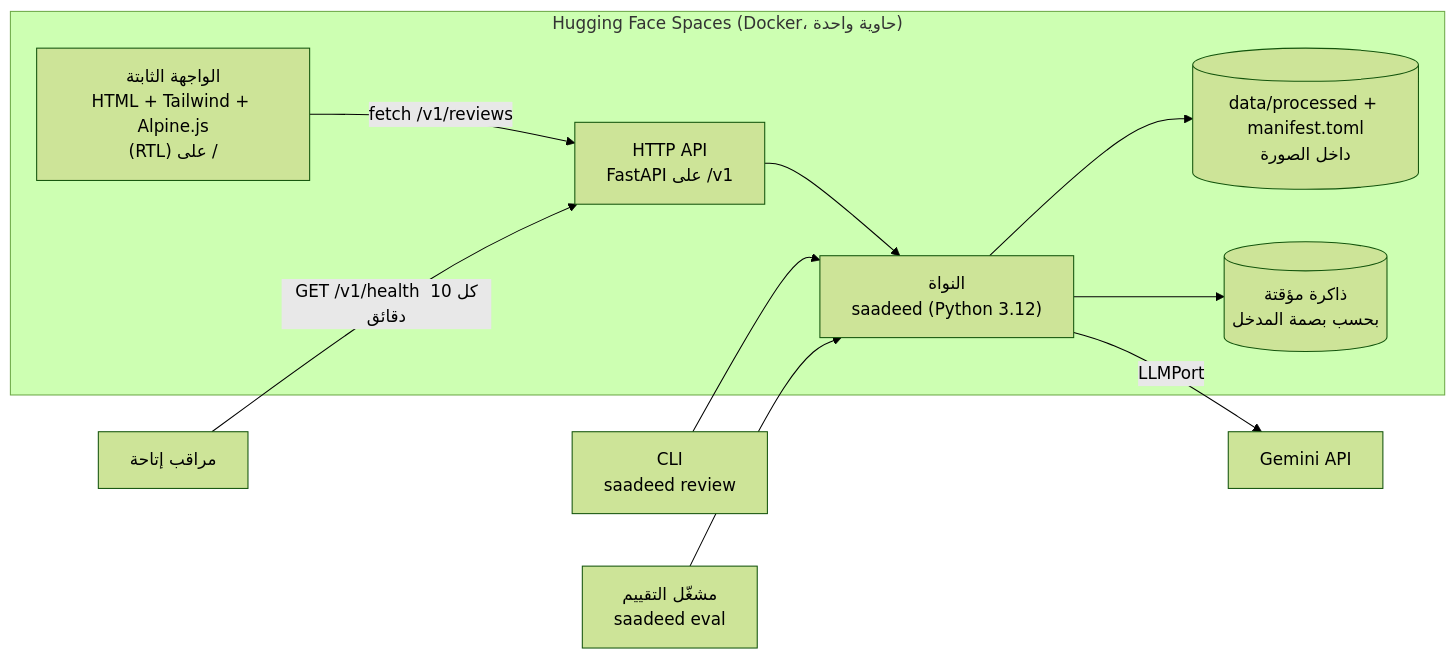
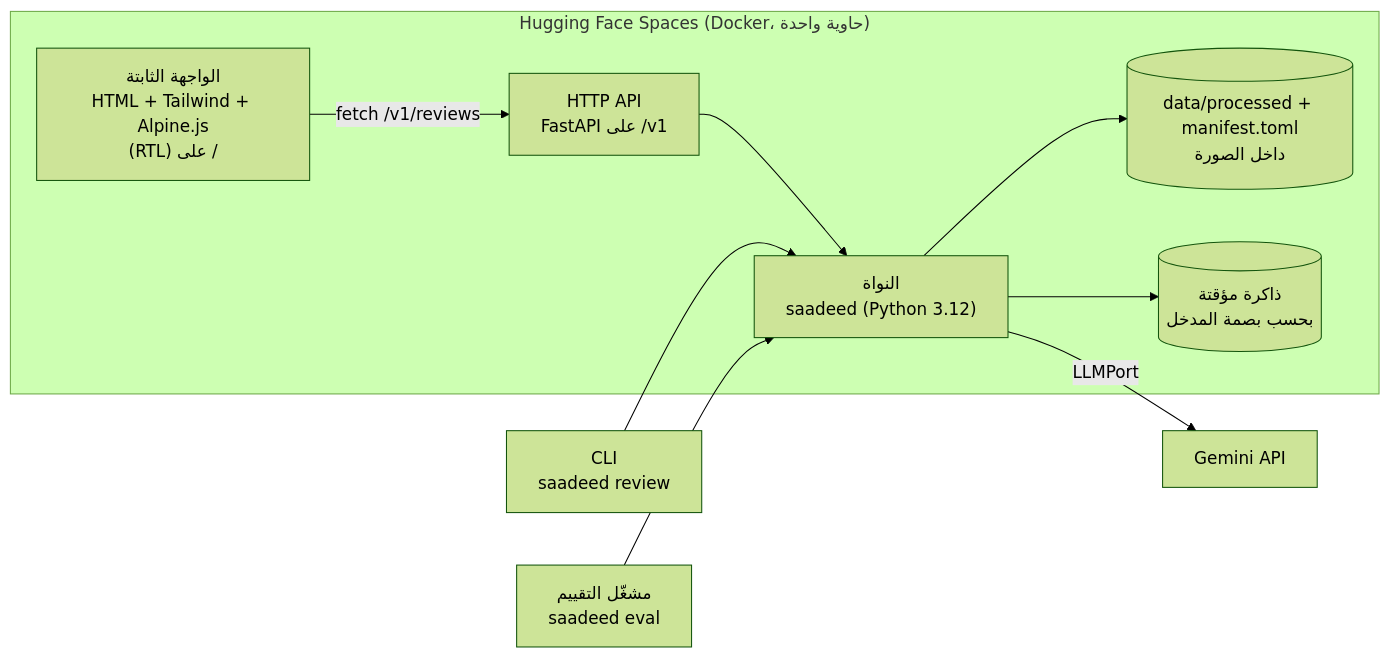
Before and after one commit to abdorum/Saadeed: the second of 10 diagrams in docs/planning/04-architecture.md, drawn with Mermaid (forest theme). The commit also changed other lines of this file and 49 other files, not shown here.

````diff
--- a/docs/planning/04-architecture.md
+++ b/docs/planning/04-architecture.md
@@ -29,15 +29,14 @@
 ```mermaid
 flowchart LR
     subgraph HF["Hugging Face Spaces (Docker، حاوية واحدة)"]
         WEB["الواجهة الثابتة<br/>HTML + Tailwind + Alpine.js<br/>(RTL) على /"]
         A["HTTP API<br/>FastAPI على /v1"]
         WEB -->|"fetch /v1/reviews"| A
         A --> C["النواة<br/>saadeed (Python 3.12)"]
         C --> DATA[("data/processed + manifest.toml<br/>داخل الصورة")]
         C --> CACHE[("ذاكرة مؤقتة<br/>بحسب بصمة المدخل")]
     end
     C -->|LLMPort| G["Gemini API"]
-    M["مراقب إتاحة"] -->|"GET /v1/health كل 10 دقائق"| A
     CLI["CLI<br/>saadeed review"] --> C
     EV["مشغّل التقييم<br/>saadeed eval"] --> C
 ```
````
